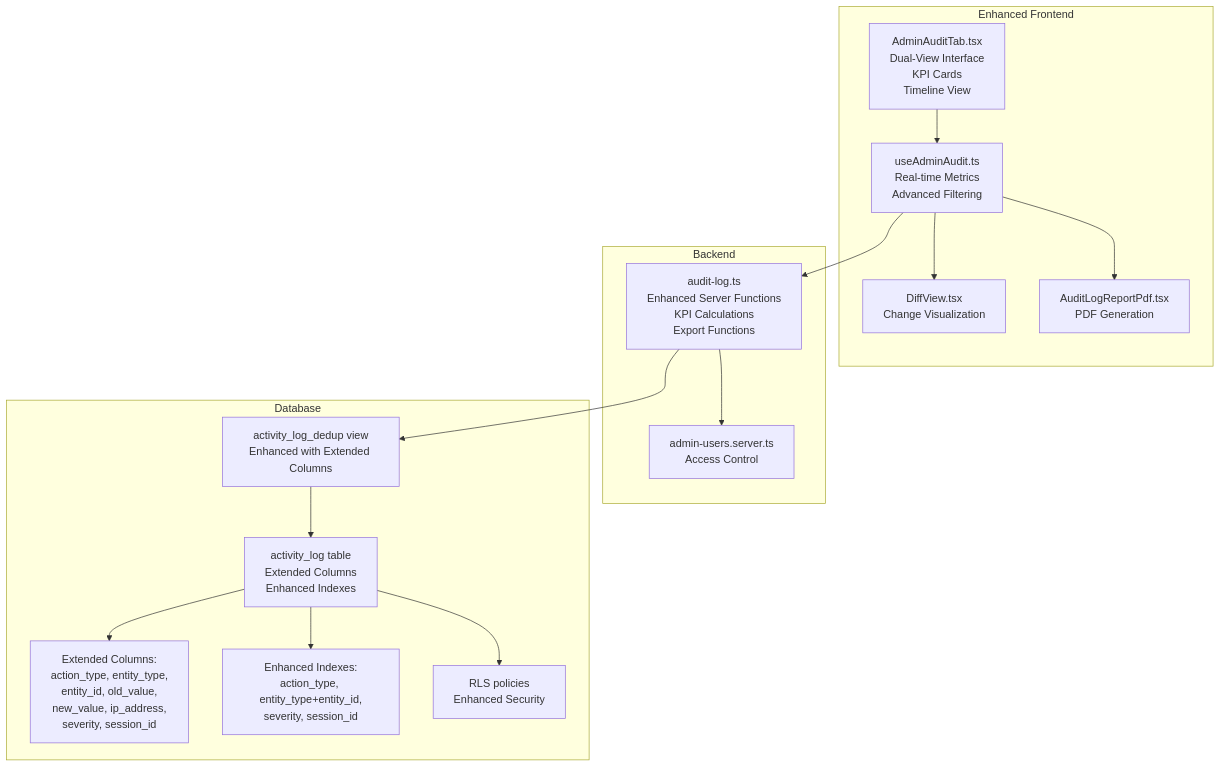
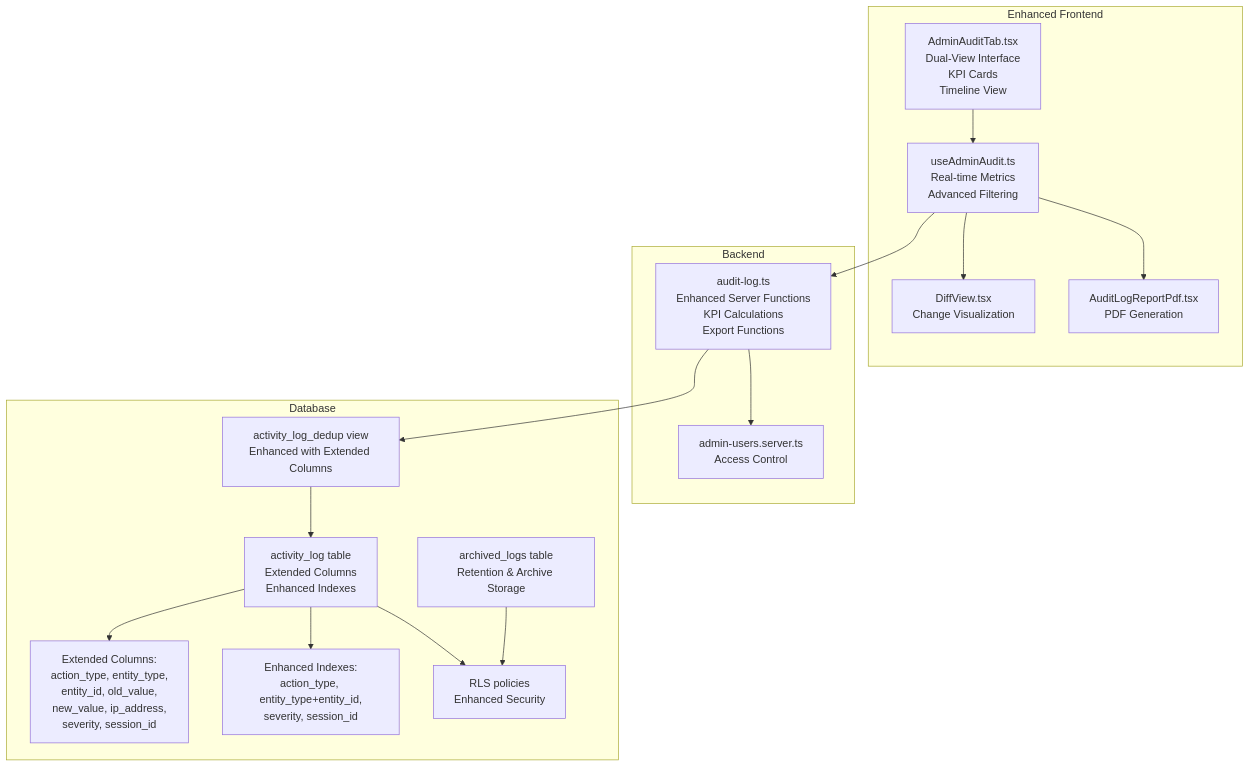
The first of 13 diagrams in .qoder/repowiki/en/content/Administrative Features/Audit Logging System.md (gastaldellomarco/pcReady), drawn with Mermaid before and after one commit. The commit also changed other lines of this file and 8 other files, not shown here.

````diff
--- a/.qoder/repowiki/en/content/Administrative Features/Audit Logging System.md
+++ b/.qoder/repowiki/en/content/Administrative Features/Audit Logging System.md
@@ -62,30 +61,32 @@
 ```mermaid
 graph TB
 subgraph "Enhanced Frontend"
 UI["AdminAuditTab.tsx<br/>Dual-View Interface<br/>KPI Cards<br/>Timeline View"]
 Hook["useAdminAudit.ts<br/>Real-time Metrics<br/>Advanced Filtering"]
 Diff["DiffView.tsx<br/>Change Visualization"]
 PDF["AuditLogReportPdf.tsx<br/>PDF Generation"]
 end
 subgraph "Backend"
 Fn["audit-log.ts<br/>Enhanced Server Functions<br/>KPI Calculations<br/>Export Functions"]
 Sec["admin-users.server.ts<br/>Access Control"]
 end
 subgraph "Database"
 TBL["activity_log table<br/>Extended Columns<br/>Enhanced Indexes"]
 EXT["Extended Columns:<br/>action_type, entity_type,<br/>entity_id, old_value,<br/>new_value, ip_address,<br/>severity, session_id"]
 IDX["Enhanced Indexes:<br/>action_type, entity_type+entity_id,<br/>severity, session_id"]
 V["activity_log_dedup view<br/>Enhanced with Extended Columns"]
+ARCH["archived_logs table<br/>Retention & Archive Storage"]
 RLS["RLS policies<br/>Enhanced Security"]
 end
 UI --> Hook
 Hook --> Fn
 Hook --> Diff
 Hook --> PDF
 Fn --> Sec
 Fn --> V
 V --> TBL
 TBL --> RLS
 TBL --> EXT
 TBL --> IDX
+ARCH --> RLS
 ```
````
